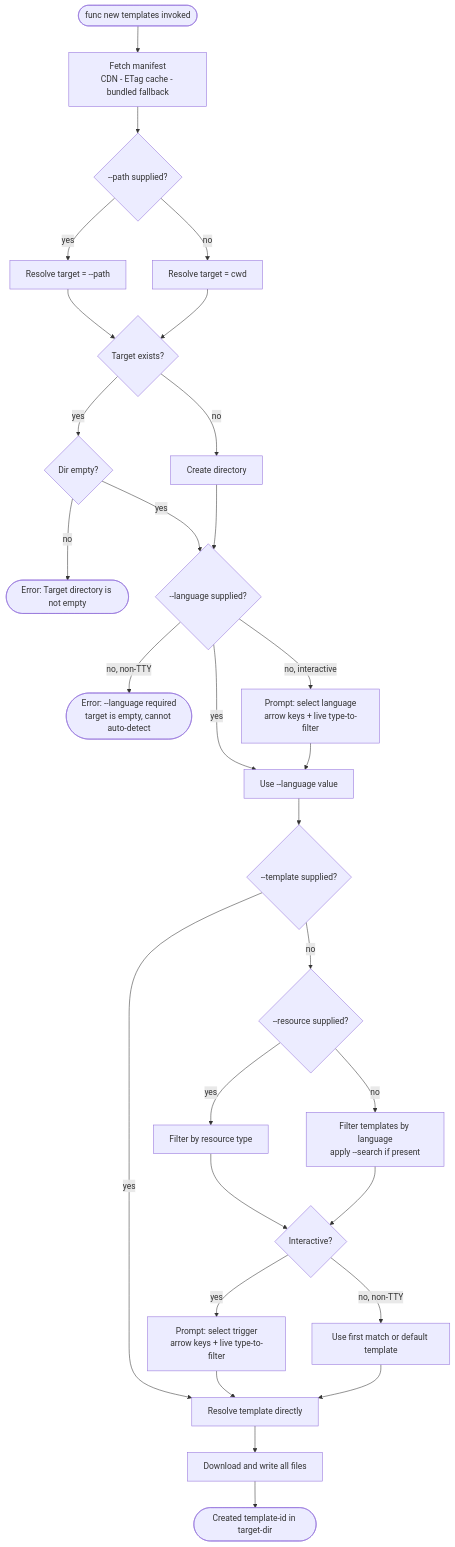
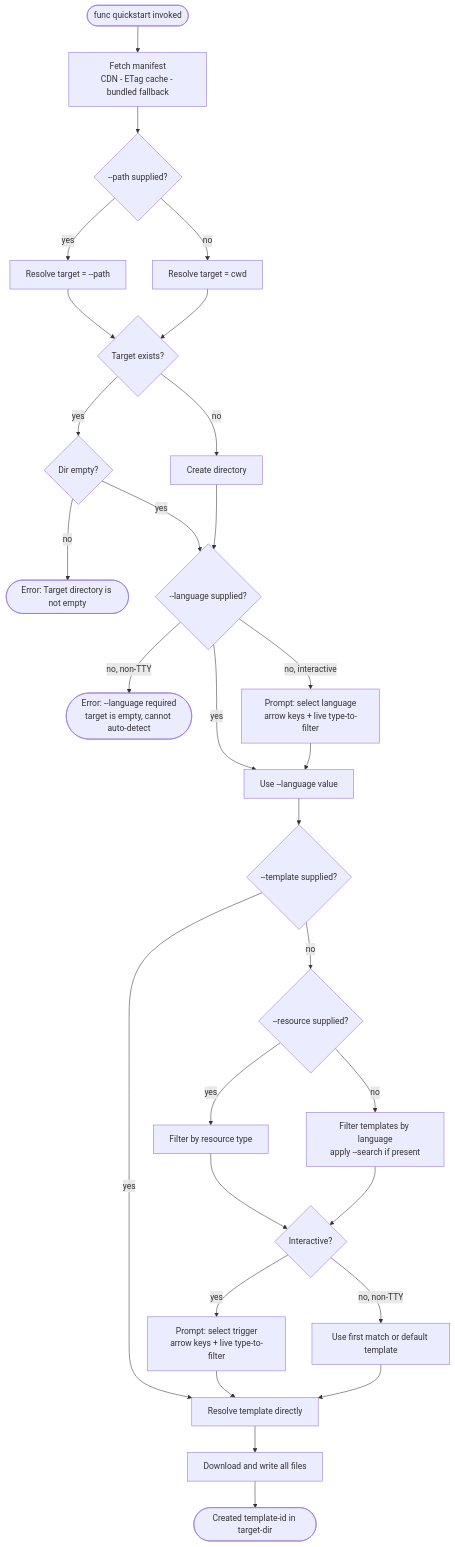
The second of 4 diagrams in proposed/templates-e2e.md (Azure/azure-functions-core-tools), drawn with Mermaid before and after one commit. The commit also changed other lines of this file, not shown here.

Commit message:
update to quickstart

````diff
--- a/proposed/templates-e2e.md
+++ b/proposed/templates-e2e.md
@@ -458,29 +502,29 @@
 ```mermaid
 flowchart TD
-    A(["func new templates invoked"]) --> B["Fetch manifest<br/>CDN - ETag cache - bundled fallback"]
+    A(["func quickstart invoked"]) --> B["Fetch manifest<br/>CDN - ETag cache - bundled fallback"]
     B --> C{"--path supplied?"}
     C -- yes --> D["Resolve target = --path"]
     C -- no --> E["Resolve target = cwd"]
     D & E --> F{"Target exists?"}
     F -- no --> G["Create directory"]
     F -- yes --> EMPTY{"Dir empty?"}
     EMPTY -- no --> ERR0(["Error: Target directory is not empty"])
     EMPTY -- yes --> H{"--language supplied?"}
     G --> H
     H -- "no, non-TTY" --> ERR1(["Error: --language required<br/>target is empty, cannot auto-detect"])
     H -- "no, interactive" --> J["Prompt: select language<br/>arrow keys + live type-to-filter"]
     H -- yes --> K["Use --language value"]
     J --> K
     K --> L{"--template supplied?"}
     L -- yes --> M["Resolve template directly"]
     L -- no --> N{"--resource supplied?"}
     N -- yes --> O["Filter by resource type"]
     N -- no --> P["Filter templates by language<br/>apply --search if present"]
     O & P --> Q{"Interactive?"}
     Q -- yes --> R["Prompt: select trigger<br/>arrow keys + live type-to-filter"]
     Q -- "no, non-TTY" --> S["Use first match or default template"]
     R --> M
     S --> M
     M --> Z["Download and write all files"]
     Z --> BB(["Created template-id in target-dir"])
 ```
````
